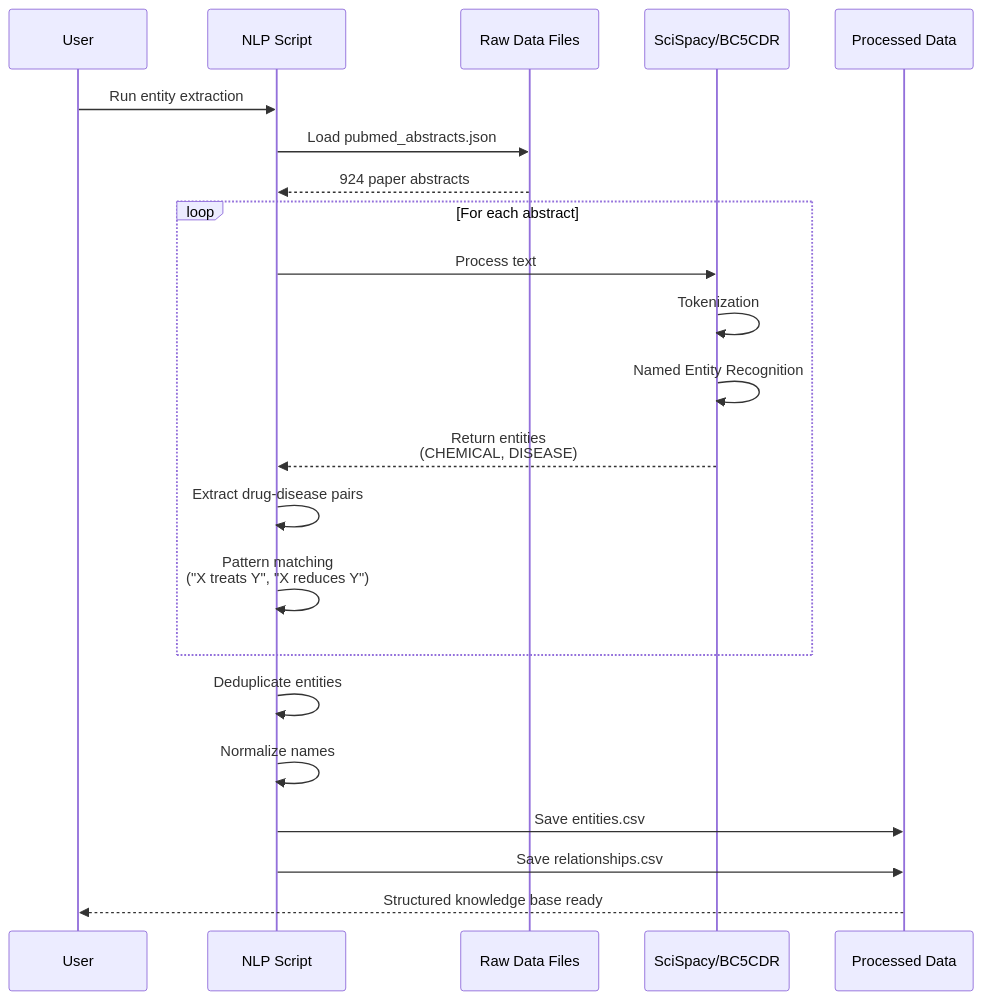
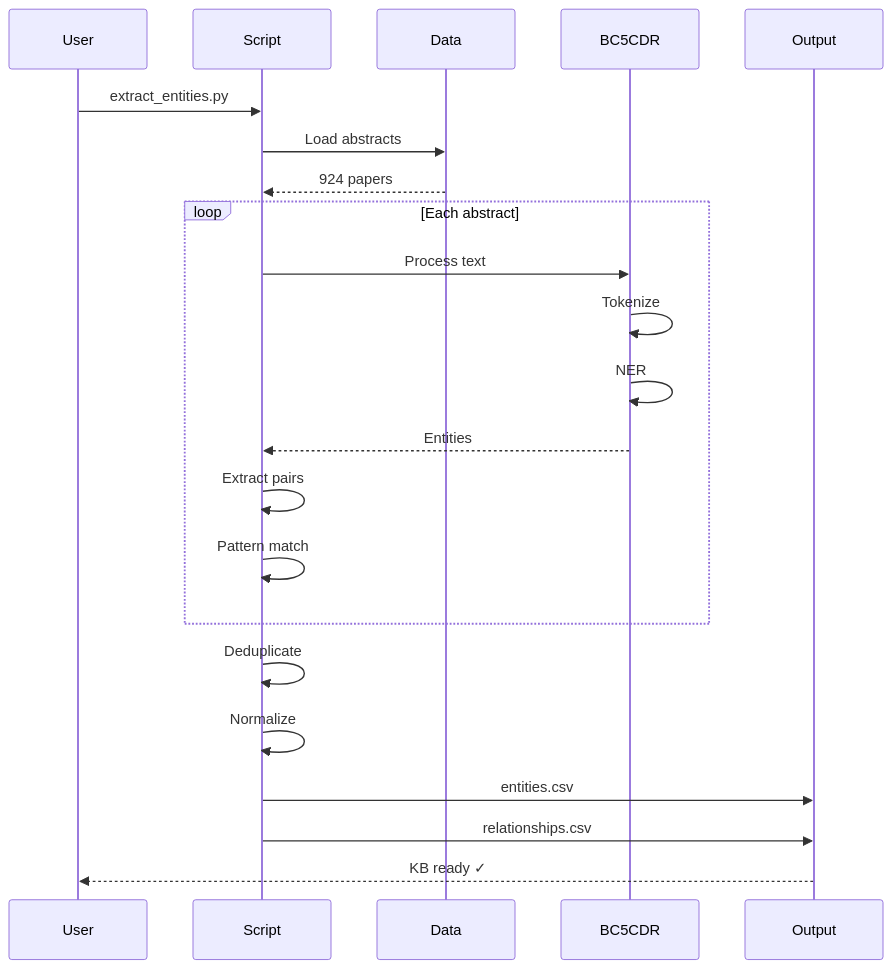
Before and after one commit to k1chik/workspace: the fourth of 7 diagrams in medical-kg-drug-repurposing/README.md, drawn with Mermaid. The commit also changed other lines of this file, not shown here.

First line of the commit message:
Update README with improved diagrams and current project status

````diff
--- a/medical-kg-drug-repurposing/README.md
+++ b/medical-kg-drug-repurposing/README.md
@@ -221,29 +317,29 @@
 ```mermaid
 sequenceDiagram
-    participant User
-    participant Script as NLP Script
-    participant Data as Raw Data Files
-    participant NLP as SciSpacy/BC5CDR
-    participant Output as Processed Data
+    participant U as User
+    participant S as Script
+    participant D as Data
+    participant N as BC5CDR
+    participant O as Output
 
-    User->>Script: Run entity extraction
-    Script->>Data: Load pubmed_abstracts.json
-    Data-->>Script: 924 paper abstracts
+    U->>S: extract_entities.py
+    S->>D: Load abstracts
+    D-->>S: 924 papers
 
-    loop For each abstract
-        Script->>NLP: Process text
-        NLP->>NLP: Tokenization
-        NLP->>NLP: Named Entity Recognition
-        NLP-->>Script: Return entities<br/>(CHEMICAL, DISEASE)
+    loop Each abstract
+        S->>N: Process text
+        N->>N: Tokenize
+        N->>N: NER
+        N-->>S: Entities
 
-        Script->>Script: Extract drug-disease pairs
-        Script->>Script: Pattern matching<br/>("X treats Y", "X reduces Y")
+        S->>S: Extract pairs
+        S->>S: Pattern match
     end
 
-    Script->>Script: Deduplicate entities
-    Script->>Script: Normalize names
+    S->>S: Deduplicate
+    S->>S: Normalize
 
-    Script->>Output: Save entities.csv
-    Script->>Output: Save relationships.csv
-    Output-->>User: Structured knowledge base ready
+    S->>O: entities.csv
+    S->>O: relationships.csv
+    O-->>U: KB ready ✓
 ```
````
